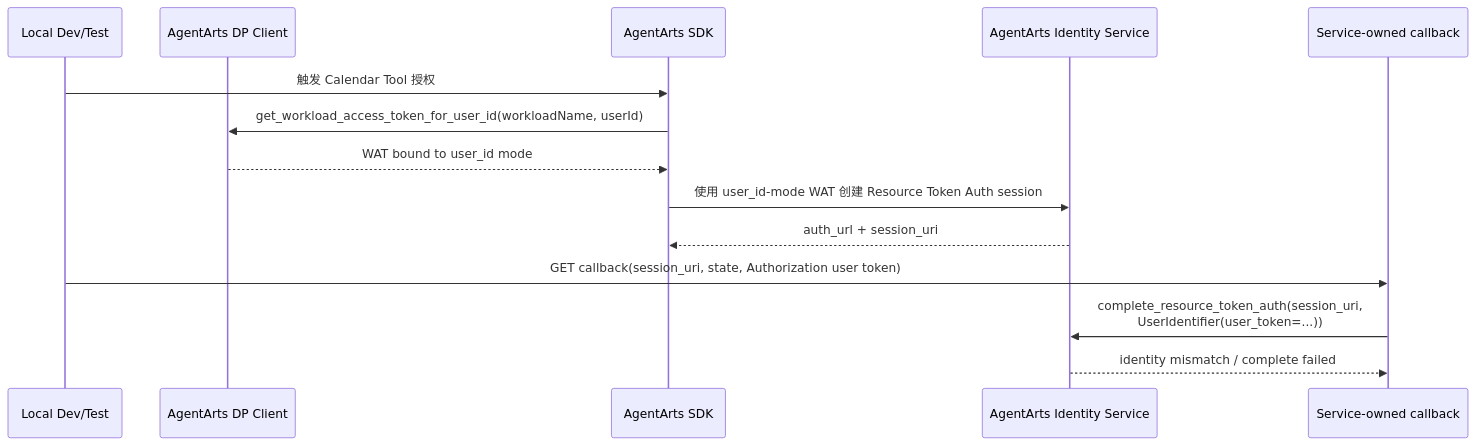
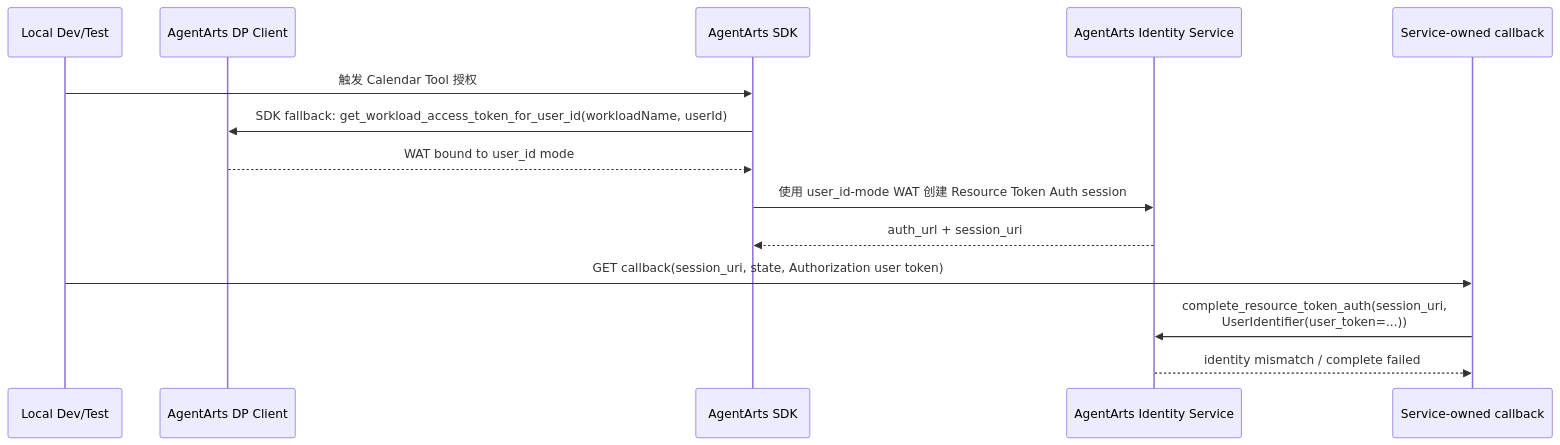
The diagram in personal-assistant-meta/issues/bugs/bug-22-calendar-oauth2-local-complete-user-token-wat-mismatch/issue.md (T-1009/personal-assistant), drawn with Mermaid before and after one commit. The commit also changed other lines of this file, not shown here.

````diff
--- a/personal-assistant-meta/issues/bugs/bug-22-calendar-oauth2-local-complete-user-token-wat-mismatch/issue.md
+++ b/personal-assistant-meta/issues/bugs/bug-22-calendar-oauth2-local-complete-user-token-wat-mismatch/issue.md
@@ -78,17 +73,17 @@
 ```mermaid
 sequenceDiagram
     participant Local as Local Dev/Test
     participant DP as AgentArts DP Client
     participant SDK as AgentArts SDK
     participant IdSvc as AgentArts Identity Service
     participant API as Service-owned callback
 
     Local->>SDK: 触发 Calendar Tool 授权
-    SDK->>DP: get_workload_access_token_for_user_id(workloadName, userId)
+    SDK->>DP: SDK fallback: get_workload_access_token_for_user_id(workloadName, userId)
     DP-->>SDK: WAT bound to user_id mode
     SDK->>IdSvc: 使用 user_id-mode WAT 创建 Resource Token Auth session
     IdSvc-->>SDK: auth_url + session_uri
     Local->>API: GET callback(session_uri, state, Authorization user token)
     API->>IdSvc: complete_resource_token_auth(session_uri,<br/>UserIdentifier(user_token=...))
     IdSvc-->>API: identity mismatch / complete failed
 ```
````
